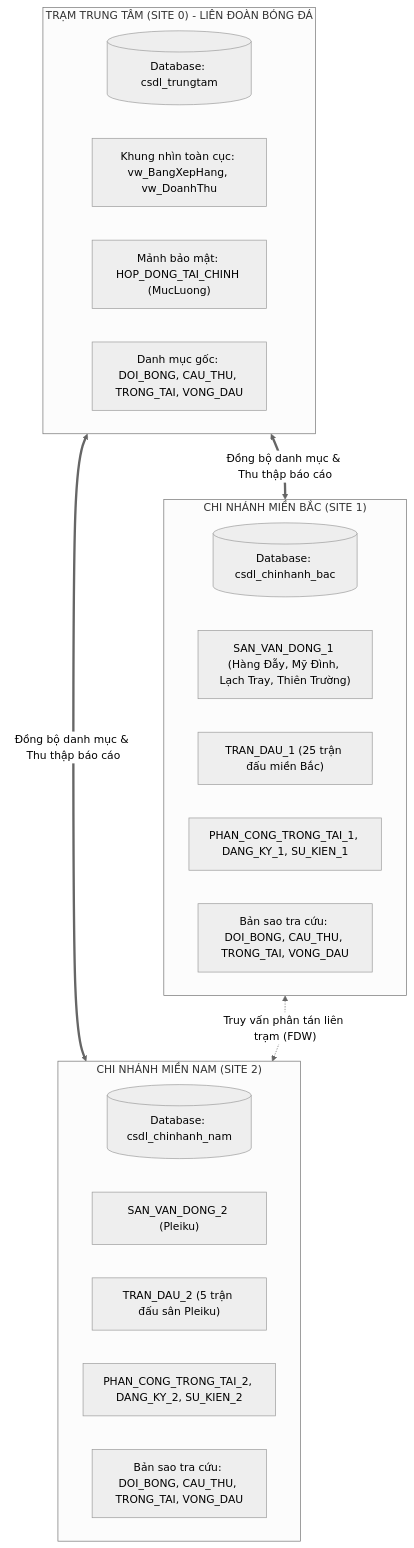
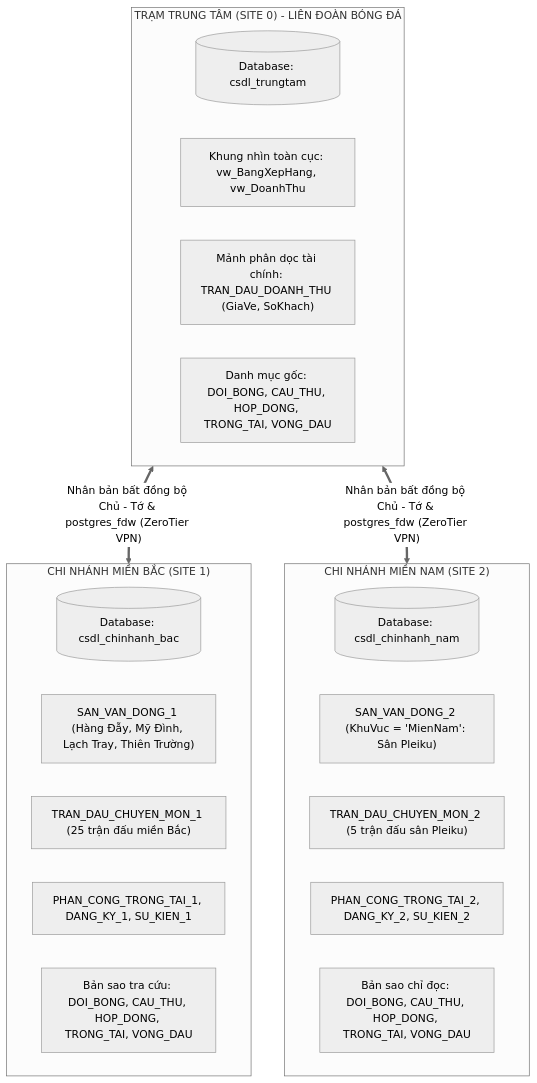
One commit to Duy-Thong/BTL-CSDL changed the diagram in docs/GIAI_DOAN_3_CSDL_PHAN_TAN.md. Above: the diagram before and after it, drawn with Mermaid (neutral theme). The commit also changed other lines of this file and 23 other files, not shown here.

````diff
--- a/docs/GIAI_DOAN_3_CSDL_PHAN_TAN.md
+++ b/docs/GIAI_DOAN_3_CSDL_PHAN_TAN.md
@@ -211,30 +182,29 @@
 ```mermaid
 flowchart TD
     subgraph Site0["TRẠM TRUNG TÂM (SITE 0) - LIÊN ĐOÀN BÓNG ĐÁ"]
         DB0[("Database: csdl_trungtam")]
         GlobalViews["Khung nhìn toàn cục: vw_BangXepHang, vw_DoanhThu"]
-        SecFrag["Mảnh bảo mật: HOP_DONG_TAI_CHINH (MucLuong)"]
-        CentralCatalog["Danh mục gốc: DOI_BONG, CAU_THU, TRONG_TAI, VONG_DAU"]
+        SecFrag["Mảnh phân dọc tài chính: TRAN_DAU_DOANH_THU (GiaVe, SoKhach)"]
+        CentralCatalog["Danh mục gốc: DOI_BONG, CAU_THU, HOP_DONG, TRONG_TAI, VONG_DAU"]
     end
 
     subgraph Site1["CHI NHÁNH MIỀN BẮC (SITE 1)"]
         DB1[("Database: csdl_chinhanh_bac")]
         Frag1_San["SAN_VAN_DONG_1 (Hàng Đẫy, Mỹ Đình, Lạch Tray, Thiên Trường)"]
-        Frag1_Tran["TRAN_DAU_1 (25 trận đấu miền Bắc)"]
+        Frag1_Tran["TRAN_DAU_CHUYEN_MON_1 (25 trận đấu miền Bắc)"]
         Frag1_PK["PHAN_CONG_TRONG_TAI_1, DANG_KY_1, SU_KIEN_1"]
-        Replica1["Bản sao tra cứu: DOI_BONG, CAU_THU, TRONG_TAI, VONG_DAU"]
+        Replica1["Bản sao tra cứu: DOI_BONG, CAU_THU, HOP_DONG, TRONG_TAI, VONG_DAU"]
     end
 
     subgraph Site2["CHI NHÁNH MIỀN NAM (SITE 2)"]
         DB2[("Database: csdl_chinhanh_nam")]
-        Frag2_San["SAN_VAN_DONG_2 (Pleiku)"]
-        Frag2_Tran["TRAN_DAU_2 (5 trận đấu sân Pleiku)"]
+        Frag2_San["SAN_VAN_DONG_2 (KhuVuc = 'MienNam': Sân Pleiku)"]
+        Frag2_Tran["TRAN_DAU_CHUYEN_MON_2 (5 trận đấu sân Pleiku)"]
         Frag2_PK["PHAN_CONG_TRONG_TAI_2, DANG_KY_2, SU_KIEN_2"]
-        Replica2["Bản sao tra cứu: DOI_BONG, CAU_THU, TRONG_TAI, VONG_DAU"]
+        Replica2["Bản sao chỉ đọc: DOI_BONG, CAU_THU, HOP_DONG, TRONG_TAI, VONG_DAU"]
     end
 
     %% Liên kết mạng phân tán
-    Site0 <== "Đồng bộ danh mục & Thu thập báo cáo" ==> Site1
-    Site0 <== "Đồng bộ danh mục & Thu thập báo cáo" ==> Site2
-    Site1 <-. "Truy vấn phân tán liên trạm (FDW)" .-> Site2
+    Site0 <== "Nhân bản bất đồng bộ Chủ - Tớ & postgres_fdw (ZeroTier VPN)" ==> Site1
+    Site0 <== "Nhân bản bất đồng bộ Chủ - Tớ & postgres_fdw (ZeroTier VPN)" ==> Site2
 ```
````
